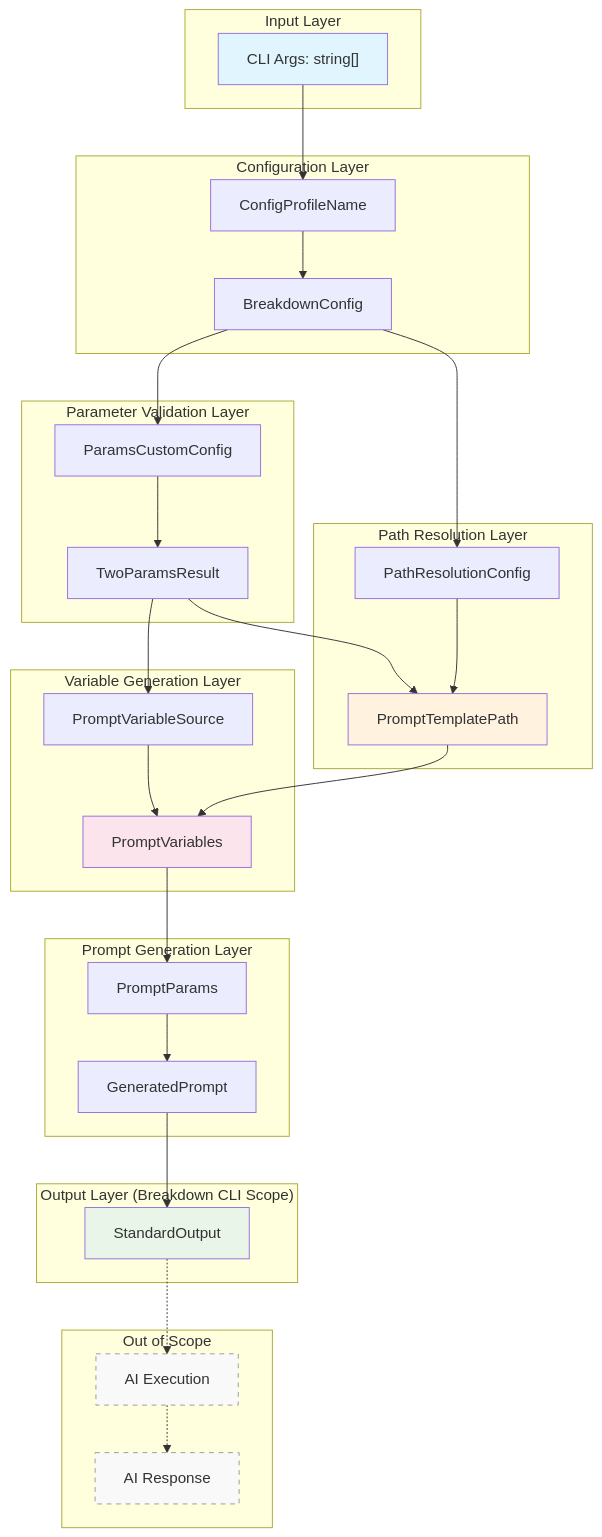
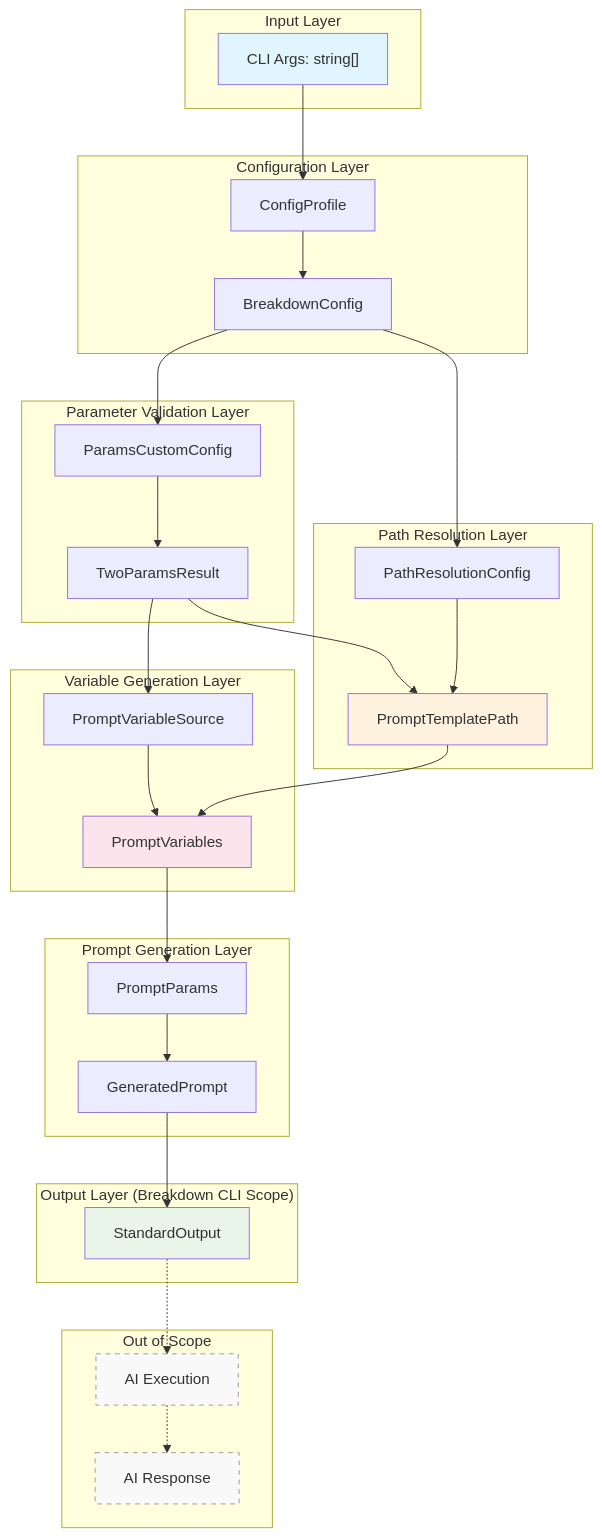
Before and after one commit to tettuan/breakdown: the third of 4 diagrams in docs/breakdown/domain_core/domain_boundaries_flow.ja.md, drawn with Mermaid. The commit also changed other lines of this file and 103 other files, not shown here.

````diff
--- a/docs/breakdown/domain_core/domain_boundaries_flow.ja.md
+++ b/docs/breakdown/domain_core/domain_boundaries_flow.ja.md
@@ -243,65 +243,65 @@
 ```mermaid
 flowchart TD
     subgraph INPUT ["Input Layer"]
         A["CLI Args: string[]"]
     end
     
     subgraph CONFIG ["Configuration Layer"]
-        B["ConfigProfileName"]
+        B["ConfigProfile"]
         H["BreakdownConfig"]
     end
     
     subgraph PARSING ["Parameter Validation Layer"]
         C["ParamsCustomConfig"]
         D["TwoParamsResult"]
     end
     
     subgraph RESOLUTION ["Path Resolution Layer"]
         E["PathResolutionConfig"]
         G["PromptTemplatePath"]
     end
     
     subgraph GENERATION ["Variable Generation Layer"]
         F["PromptVariableSource"]
         I["PromptVariables"]
     end
     
     subgraph PROMPT ["Prompt Generation Layer"]
         J["PromptParams"]
         K["GeneratedPrompt"]
     end
     
     subgraph OUTPUT ["Output Layer (Breakdown CLI Scope)"]
         L["StandardOutput"]
     end
     
     subgraph OUTSCOPE ["Out of Scope"]
         M["AI Execution"]
         N["AI Response"]
     end
     
     A --> B
     B --> H
     H --> C
     C --> D
     H --> E
     D --> F
     D --> G
     E --> G
     F --> I
     G --> I
     I --> J
     J --> K
     K --> L
     
     %% 対象外の依存関係（点線）
     L -.-> M
     M -.-> N
     
     style A fill:#e1f5fe
     style L fill:#e8f5e8
     style G fill:#fff3e0
     style I fill:#fce4ec
     style M fill:#f9f9f9,stroke:#999,stroke-dasharray:5,5
     style N fill:#f9f9f9,stroke:#999,stroke-dasharray:5,5
 ```
````
